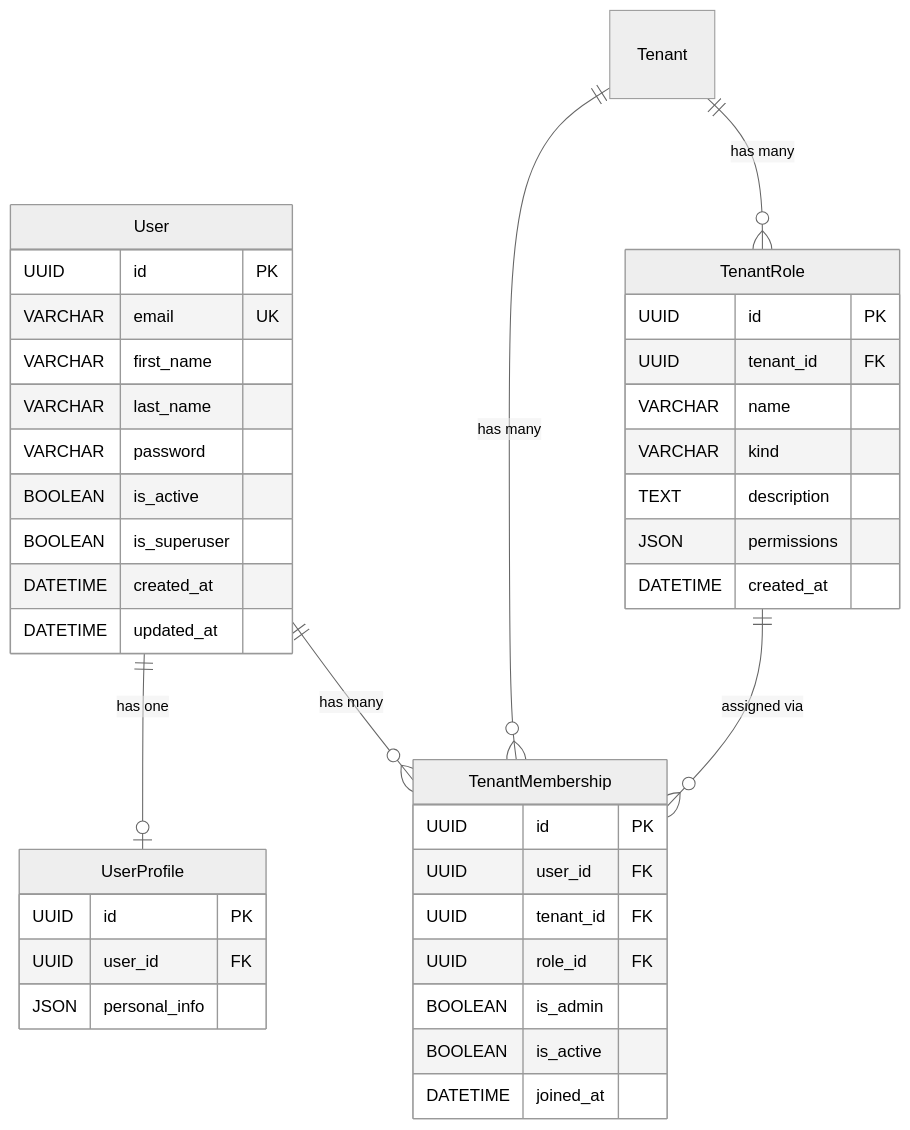
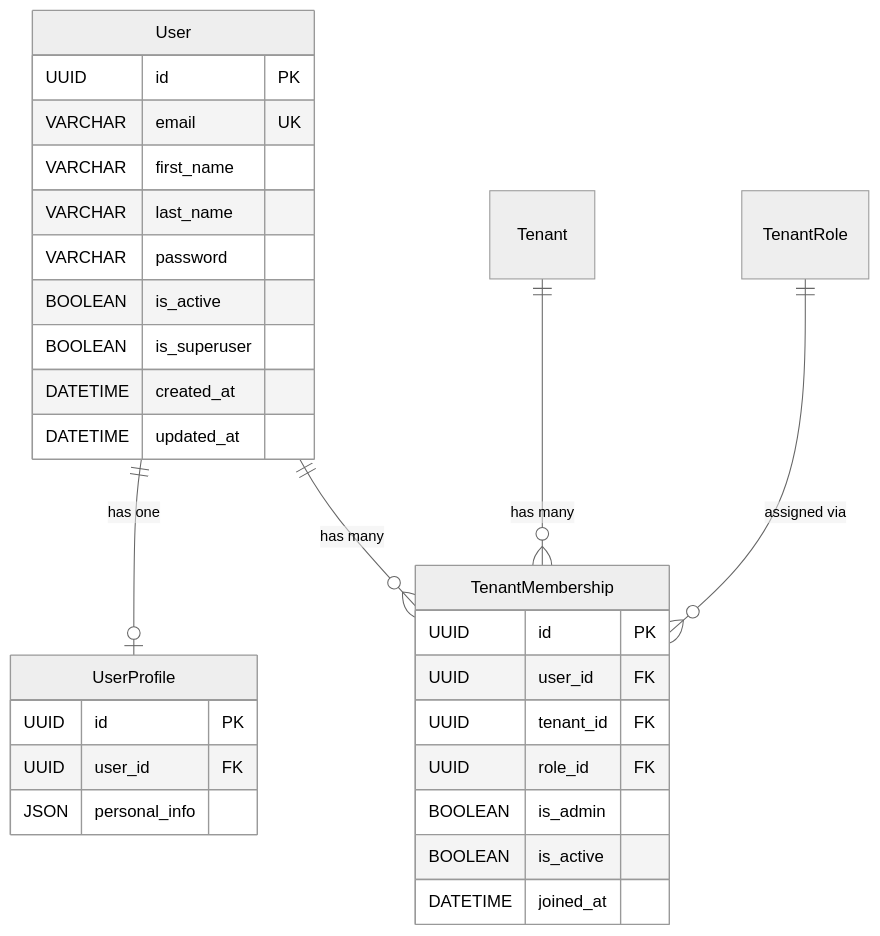
One commit to camercadop/drf-enterprise-information-platform changed the third of 5 diagrams in docs/data-model.md. Above: the diagram before and after it, drawn with Mermaid (neutral theme). The commit also changed other lines of this file and 64 other files, not shown here.

````diff
--- a/docs/data-model.md
+++ b/docs/data-model.md
@@ -86,46 +88,35 @@
 ```mermaid
 erDiagram
     User {
         UUID id PK
         VARCHAR email UK
         VARCHAR first_name
         VARCHAR last_name
         VARCHAR password
         BOOLEAN is_active
         BOOLEAN is_superuser
         DATETIME created_at
         DATETIME updated_at
     }
 
     UserProfile {
         UUID id PK
         UUID user_id FK
         JSON personal_info
     }
 
-    TenantRole {
-        UUID id PK
-        UUID tenant_id FK
-        VARCHAR name
-        VARCHAR kind
-        TEXT description
-        JSON permissions
-        DATETIME created_at
-    }
-
     TenantMembership {
         UUID id PK
         UUID user_id FK
         UUID tenant_id FK
         UUID role_id FK
         BOOLEAN is_admin
         BOOLEAN is_active
         DATETIME joined_at
     }
 
     User ||--o| UserProfile : "has one"
     User ||--o{ TenantMembership : "has many"
     Tenant ||--o{ TenantMembership : "has many"
-    Tenant ||--o{ TenantRole : "has many"
     TenantRole ||--o{ TenantMembership : "assigned via"
 ```
````
